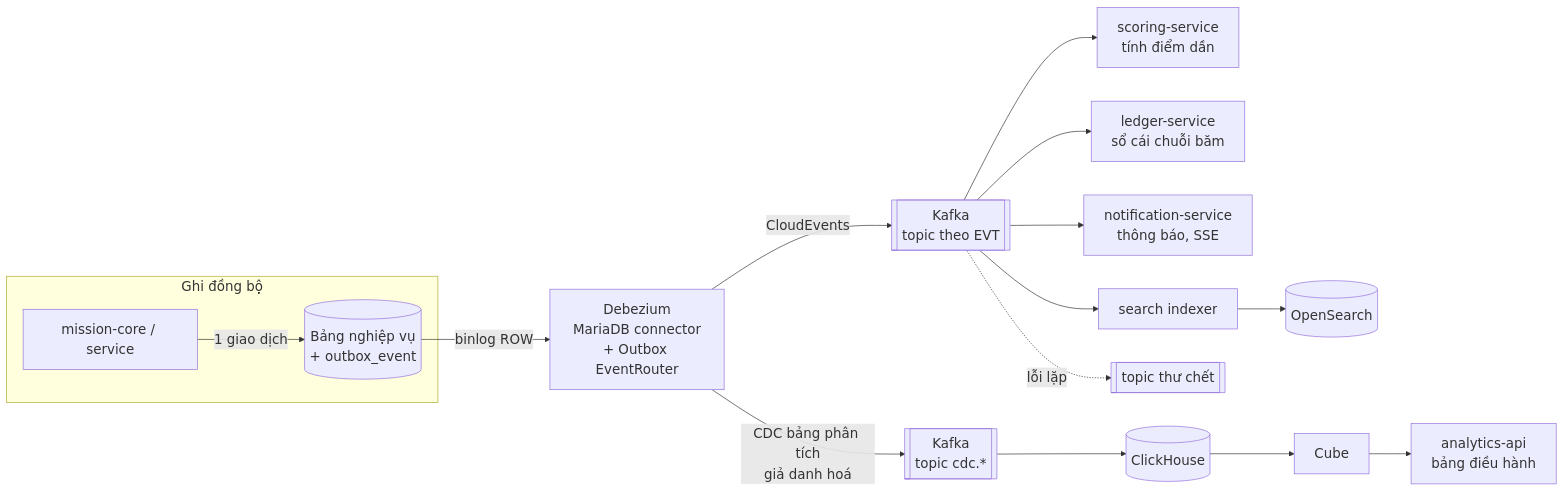
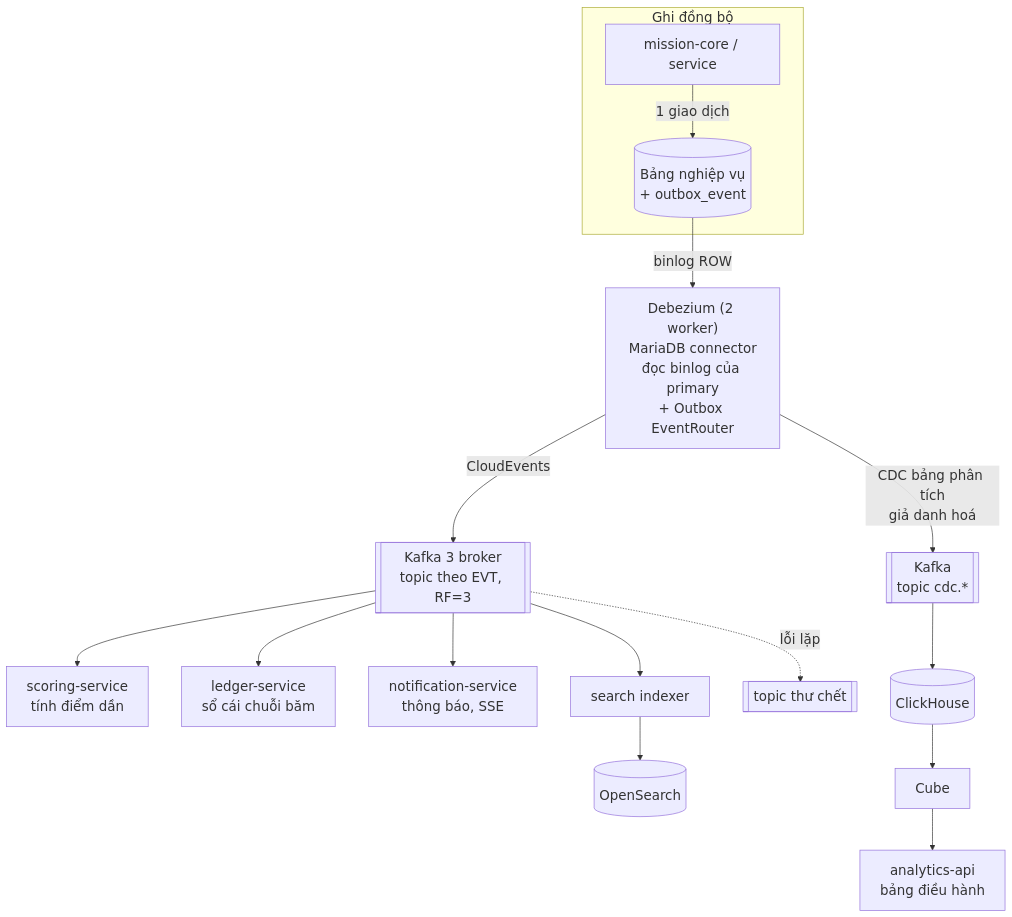
Before and after one commit to caprocute/mission-web: the diagram in docs/thiet-ke/assets/tl06/h5-su-kien.mmd, drawn with Mermaid. The commit also changed 23 other files, not shown here.

```diff
--- a/docs/thiet-ke/assets/tl06/h5-su-kien.mmd
+++ b/docs/thiet-ke/assets/tl06/h5-su-kien.mmd
@@ -1,13 +1,13 @@
 %%{init: {"themeVariables":{"fontSize":"20px"}}}%%
-flowchart LR
+flowchart TB
   subgraph W["Ghi đồng bộ"]
     C["mission-core / service"] -->|1 giao dịch| T[("Bảng nghiệp vụ<br/>+ outbox_event")]
   end
-  T -->|binlog ROW| D["Debezium<br/>MariaDB connector<br/>+ Outbox EventRouter"]
-  D -->|CloudEvents| K[["Kafka<br/>topic theo EVT"]]
+  T -->|binlog ROW| D["Debezium (2 worker)<br/>MariaDB connector<br/>đọc binlog của primary<br/>+ Outbox EventRouter"]
+  D -->|CloudEvents| K[["Kafka 3 broker<br/>topic theo EVT, RF=3"]]
   K --> S["scoring-service<br/>tính điểm dần"]
   K --> L["ledger-service<br/>sổ cái chuỗi băm"]
   K --> N["notification-service<br/>thông báo, SSE"]
   K --> Q["search indexer"] --> O[("OpenSearch")]
   D -->|CDC bảng phân tích<br/>giả danh hoá| K2[["Kafka<br/>topic cdc.*"]] --> CH[("ClickHouse")] --> CU["Cube"] --> AA["analytics-api<br/>bảng điều hành"]
   K -.->|lỗi lặp| DLQ[["topic thư chết"]]
```
